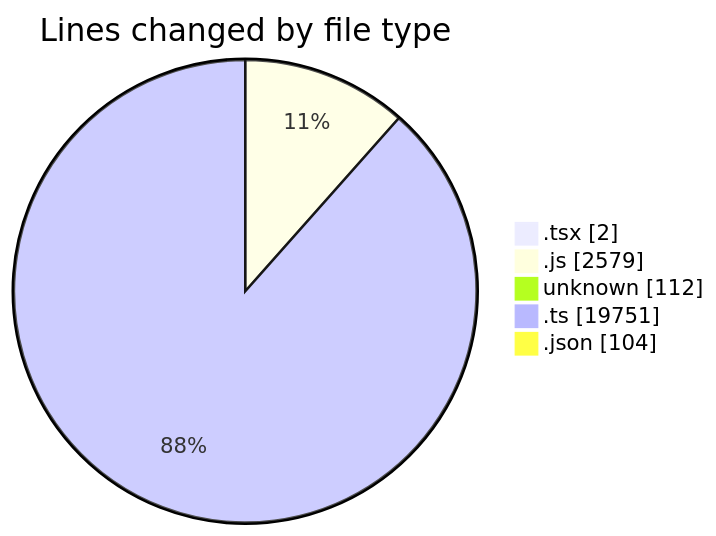
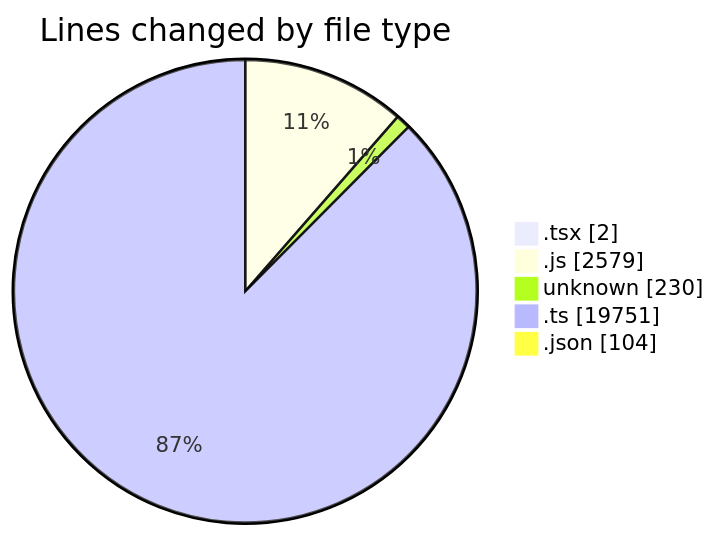
The first of 2 diagrams in 2026-05-06/cda/README.md (momahboobian/code-tracking), drawn with Mermaid before and after one commit. The commit also changed other lines of this file and 1 other file, not shown here.

````diff
--- a/2026-05-06/cda/README.md
+++ b/2026-05-06/cda/README.md
@@ -35,9 +35,9 @@
 ```mermaid
 pie showData
 title Lines changed by file type
 ".tsx" : 2
 ".js" : 2579
-"unknown" : 112
+"unknown" : 230
 ".ts" : 19751
 ".json" : 104
 ```
````
